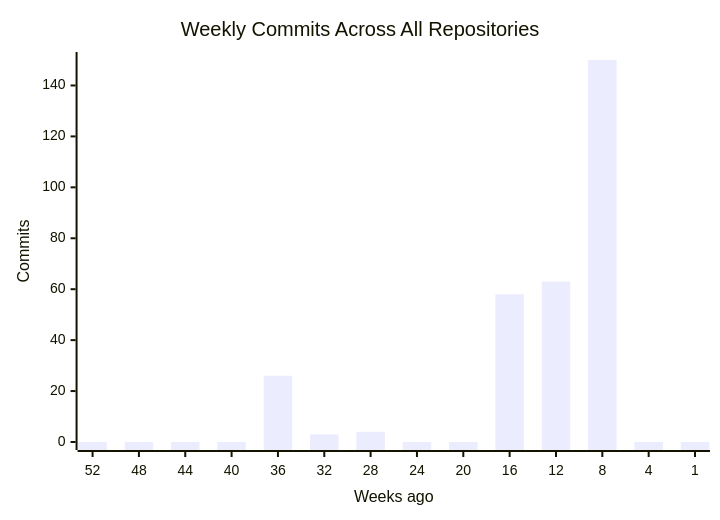
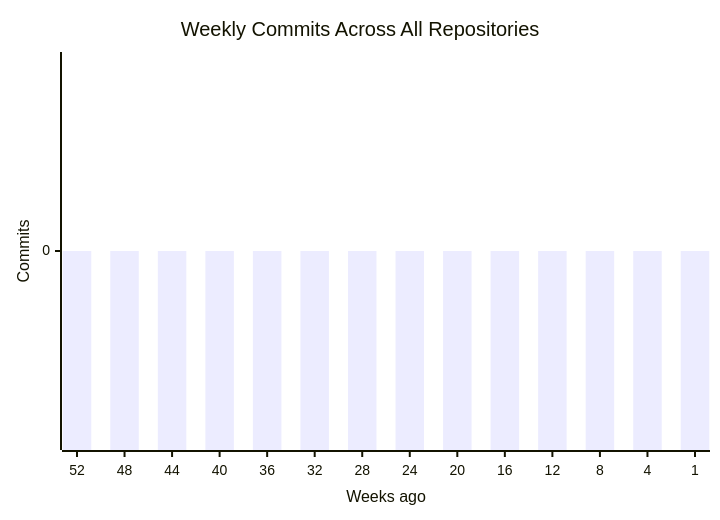
Before and after one commit to CSTH-Projects/.github: the first of 4 diagrams in profile/README.md, drawn with Mermaid. The commit also changed other lines of this file, not shown here.

````diff
--- a/profile/README.md
+++ b/profile/README.md
@@ -16,7 +17,7 @@
 ```mermaid
 xychart-beta
     title "Weekly Commits Across All Repositories"
     x-axis "Weeks ago" [52, 48, 44, 40, 36, 32, 28, 24, 20, 16, 12, 8, 4, 1]
     y-axis "Commits"
-    bar [0, 0, 0, 0, 26, 3, 4, 0, 0, 58, 63, 150, 0, 0]
+    bar [0, 0, 0, 0, 0, 0, 0, 0, 0, 0, 0, 0, 0, 0]
 ```
````
